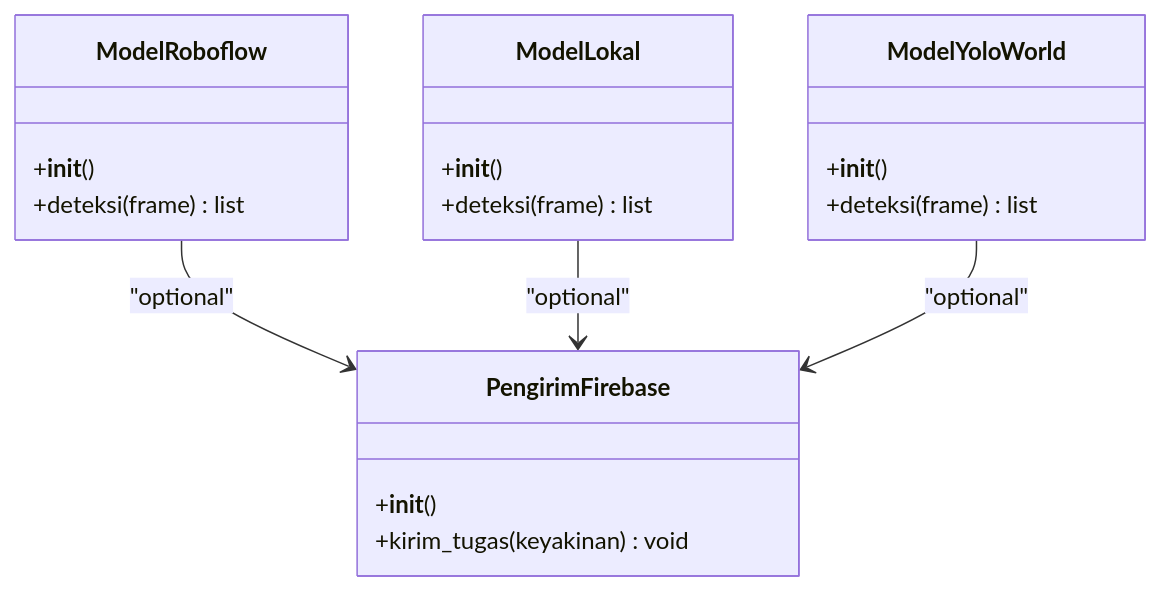
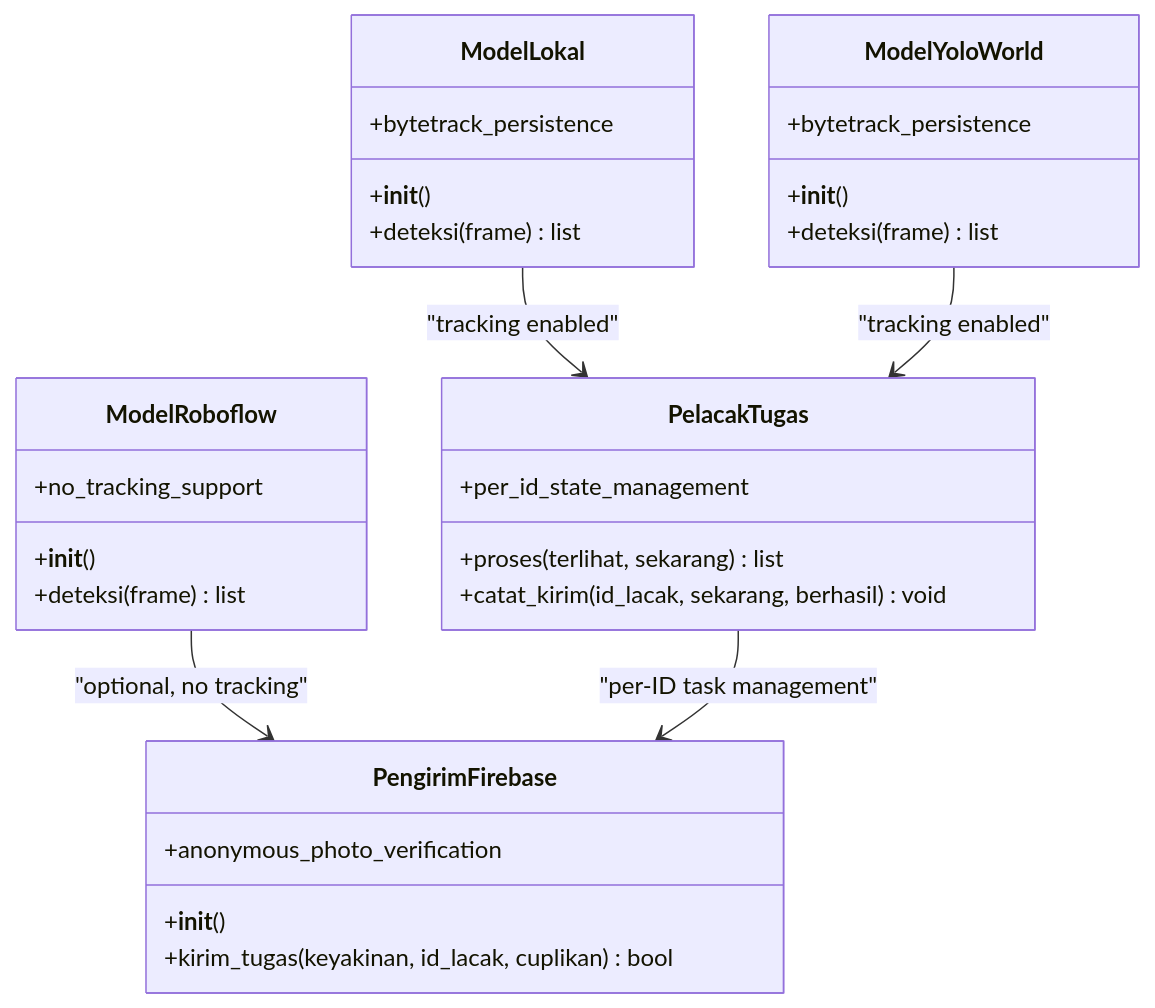
One commit to rdsarjito/whoosh-ramah changed the fourth of 7 diagrams in .qoder/repowiki/en/content/AI Detection System/Detection Pipeline.md. Above: the diagram before and after it, drawn with Mermaid. The commit also changed other lines of this file and 68 other files, not shown here.

````diff
--- a/.qoder/repowiki/en/content/AI Detection System/Detection Pipeline.md
+++ b/.qoder/repowiki/en/content/AI Detection System/Detection Pipeline.md
@@ -154,22 +178,32 @@
 ```mermaid
 classDiagram
 class ModelRoboflow {
 +__init__()
 +deteksi(frame) list
++no_tracking_support
 }
 class ModelLokal {
 +__init__()
 +deteksi(frame) list
++bytetrack_persistence
 }
 class ModelYoloWorld {
 +__init__()
 +deteksi(frame) list
++bytetrack_persistence
+}
+class PelacakTugas {
++proses(terlihat, sekarang) list
++catat_kirim(id_lacak, sekarang, berhasil) void
++per_id_state_management
 }
 class PengirimFirebase {
 +__init__()
-+kirim_tugas(keyakinan) void
++kirim_tugas(keyakinan, id_lacak, cuplikan) bool
++anonymous_photo_verification
 }
-ModelRoboflow --> PengirimFirebase : "optional"
-ModelLokal --> PengirimFirebase : "optional"
-ModelYoloWorld --> PengirimFirebase : "optional"
+ModelRoboflow --> PengirimFirebase : "optional, no tracking"
+ModelLokal --> PelacakTugas : "tracking enabled"
+ModelYoloWorld --> PelacakTugas : "tracking enabled"
+PelacakTugas --> PengirimFirebase : "per-ID task management"
 ```
````
